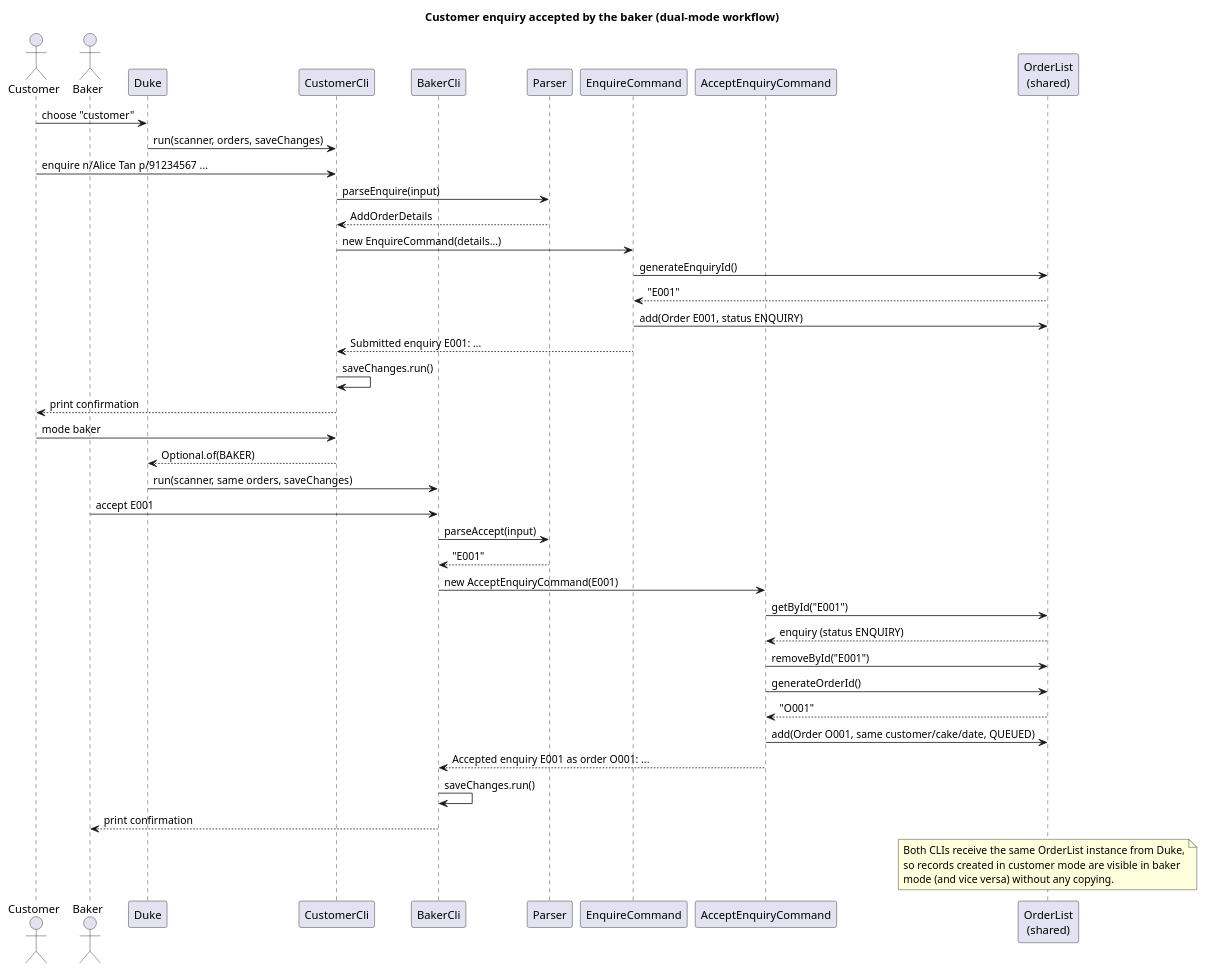
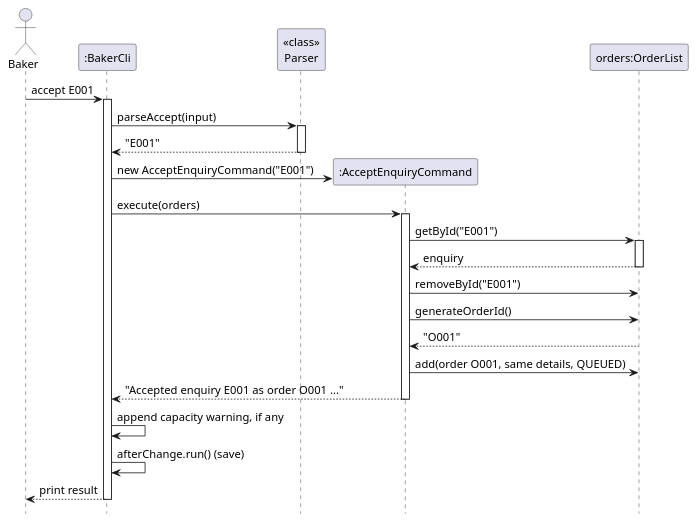
One commit to AY2627S1-CS2113-W12-1/tp changed the diagram in docs/diagrams/EnquireAcceptSequenceDiagram.puml. Above: the diagram before and after it, drawn with PlantUML. The commit also changed 27 other files, not shown here.

```diff
--- a/docs/diagrams/EnquireAcceptSequenceDiagram.puml
+++ b/docs/diagrams/EnquireAcceptSequenceDiagram.puml
@@ -1,48 +1,36 @@
 @startuml EnquireAcceptSequenceDiagram
-title Customer enquiry accepted by the baker (dual-mode workflow)
+skinparam shadowing false
+skinparam defaultFontSize 14
+hide footbox
 
-actor Customer
 actor Baker
-participant "Duke" as Duke
-participant "CustomerCli" as CustCli
-participant "BakerCli" as BakerCli
-participant "Parser" as Parser
-participant "EnquireCommand" as Enquire
-participant "AcceptEnquiryCommand" as Accept
-participant "OrderList\n(shared)" as List
+participant ":BakerCli" as Cli
+participant "<<class>>\nParser" as Parser
+participant ":AcceptEnquiryCommand" as Accept
+participant "orders:OrderList" as List
 
-Customer -> Duke : choose "customer"
-Duke -> CustCli : run(scanner, orders, saveChanges)
-Customer -> CustCli : enquire n/Alice Tan p/91234567 ...
-CustCli -> Parser : parseEnquire(input)
-Parser --> CustCli : AddOrderDetails
-CustCli -> Enquire : new EnquireCommand(details...)
-Enquire -> List : generateEnquiryId()
-List --> Enquire : "E001"
-Enquire -> List : add(Order E001, status ENQUIRY)
-Enquire --> CustCli : Submitted enquiry E001: ...
-CustCli -> CustCli : saveChanges.run()
-CustCli --> Customer : print confirmation
-
-Customer -> CustCli : mode baker
-CustCli --> Duke : Optional.of(BAKER)
-Duke -> BakerCli : run(scanner, same orders, saveChanges)
-Baker -> BakerCli : accept E001
-BakerCli -> Parser : parseAccept(input)
-Parser --> BakerCli : "E001"
-BakerCli -> Accept : new AcceptEnquiryCommand(E001)
+Baker -> Cli : accept E001
+activate Cli
+Cli -> Parser : parseAccept(input)
+activate Parser
+Parser --> Cli : "E001"
+deactivate Parser
+create Accept
+Cli -> Accept : new AcceptEnquiryCommand("E001")
+Cli -> Accept : execute(orders)
+activate Accept
 Accept -> List : getById("E001")
-List --> Accept : enquiry (status ENQUIRY)
+activate List
+List --> Accept : enquiry
+deactivate List
 Accept -> List : removeById("E001")
 Accept -> List : generateOrderId()
 List --> Accept : "O001"
-Accept -> List : add(Order O001, same customer/cake/date, QUEUED)
-Accept --> BakerCli : Accepted enquiry E001 as order O001: ...
-BakerCli -> BakerCli : saveChanges.run()
-BakerCli --> Baker : print confirmation
-note over List
-  Both CLIs receive the same OrderList instance from Duke,
-  so records created in customer mode are visible in baker
-  mode (and vice versa) without any copying.
-end note
+Accept -> List : add(order O001, same details, QUEUED)
+Accept --> Cli : "Accepted enquiry E001 as order O001 ..."
+deactivate Accept
+Cli -> Cli : append capacity warning, if any
+Cli -> Cli : afterChange.run() (save)
+Cli --> Baker : print result
+deactivate Cli
 @enduml
```
